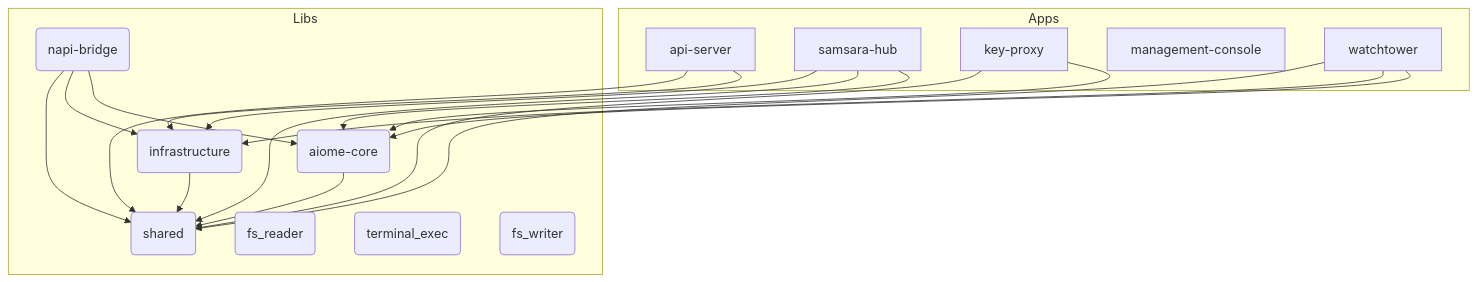
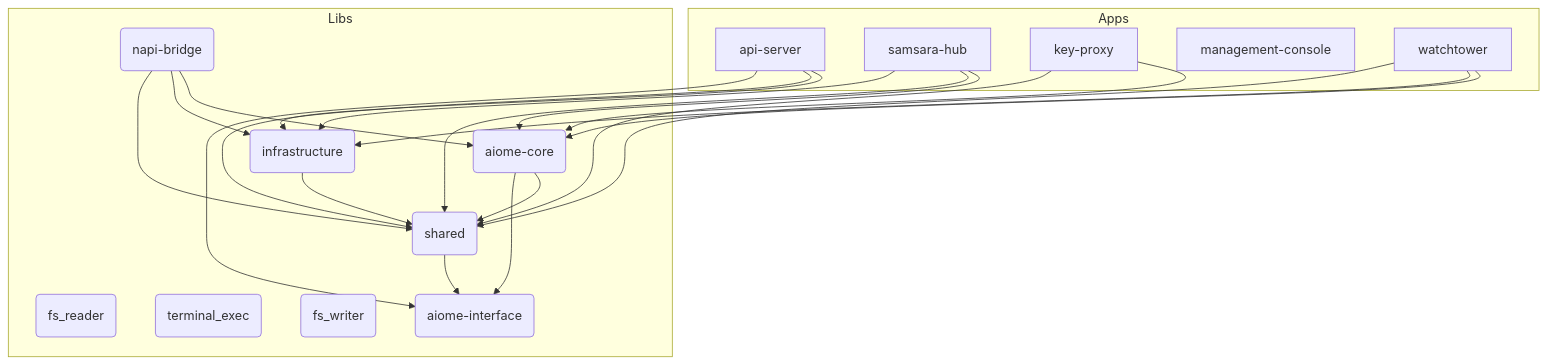
Before and after one commit to for4xex-droid/modular-open-claw: the diagram in ARCHITECTURE.md, drawn with Mermaid. The commit also changed other lines of this file and 18 other files, not shown here.

Commit message:
refactor(api): integrate aiome-interface and nurture plugin registry

````diff
--- a/ARCHITECTURE.md
+++ b/ARCHITECTURE.md
@@ -22,36 +22,40 @@
 ```mermaid
 graph TD
     subgraph Apps
         api-server[api-server]
         samsara-hub[samsara-hub]
         key-proxy[key-proxy]
         management-console[management-console]
         watchtower[watchtower]
     end
 
     subgraph Libs
         aiome-core(aiome-core)
         infrastructure(infrastructure)
         shared(shared)
         fs_reader(fs_reader)
         terminal_exec(terminal_exec)
         fs_writer(fs_writer)
         napi-bridge(napi-bridge)
+        aiome-interface(aiome-interface)
     end
 
     api-server --> infrastructure
     api-server --> shared
+    api-server --> aiome-interface
     samsara-hub --> aiome-core
     samsara-hub --> shared
     samsara-hub --> infrastructure
     key-proxy --> aiome-core
     key-proxy --> shared
     aiome-core --> shared
+    aiome-core --> aiome-interface
     infrastructure --> shared
+    shared --> aiome-interface
     napi-bridge --> aiome-core
     napi-bridge --> infrastructure
     napi-bridge --> shared
     watchtower --> aiome-core
     watchtower --> infrastructure
     watchtower --> shared
 ```
````
